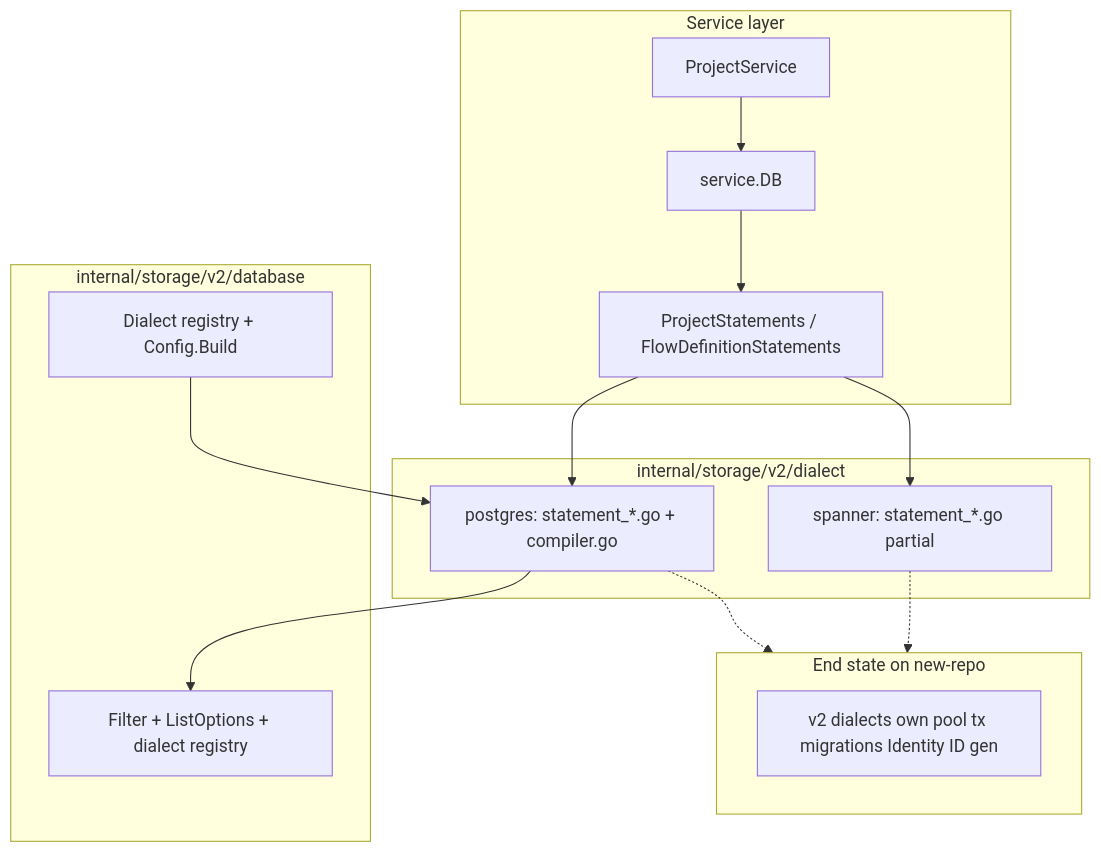
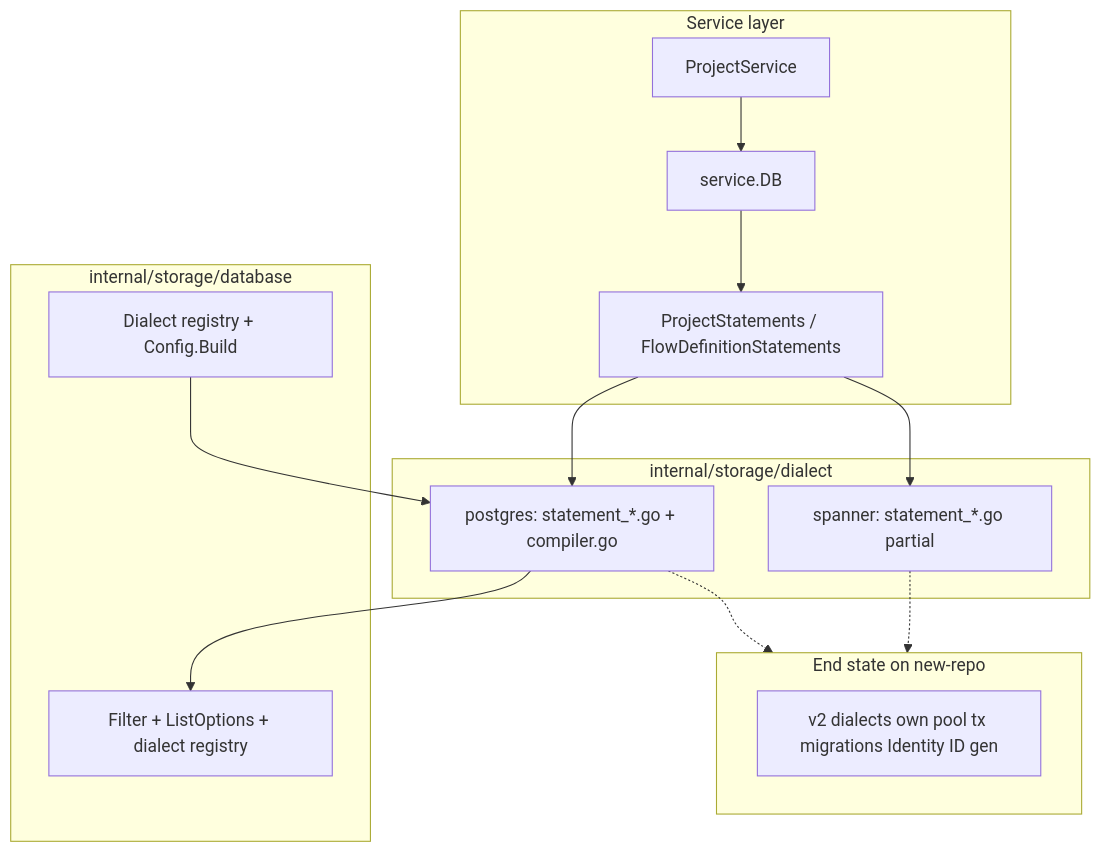
One commit to zitadel/nextgen changed the first of 2 diagrams in docs/adrs/028-storage-v2-statements-and-dialects.md. Above: the diagram before and after it, drawn with Mermaid. The commit also changed other lines of this file and 18 other files, not shown here.

````diff
--- a/docs/adrs/028-storage-v2-statements-and-dialects.md
+++ b/docs/adrs/028-storage-v2-statements-and-dialects.md
@@ -121,28 +128,28 @@
 ```mermaid
 flowchart TB
     subgraph serviceLayer [Service layer]
         ProjectService
         StatementIfaces["ProjectStatements / FlowDefinitionStatements"]
         serviceDB["service.DB"]
     end
-    subgraph v2core [internal/storage/v2/database]
+    subgraph v2core [internal/storage/database]
         CoreTypes["Filter + ListOptions + dialect registry"]
         DialectReg["Dialect registry + Config.Build"]
     end
-    subgraph dialects [internal/storage/v2/dialect]
+    subgraph dialects [internal/storage/dialect]
         pg["postgres: statement_*.go + compiler.go"]
         sp["spanner: statement_*.go partial"]
     end
     subgraph endState [End state on new-repo]
         v2Only["v2 dialects own pool tx migrations Identity ID gen"]
     end
 
     ProjectService --> serviceDB
     serviceDB --> StatementIfaces
     StatementIfaces --> pg
     StatementIfaces --> sp
     pg --> CoreTypes
     DialectReg --> pg
     pg -.-> endState
     sp -.-> endState
 ```
````
